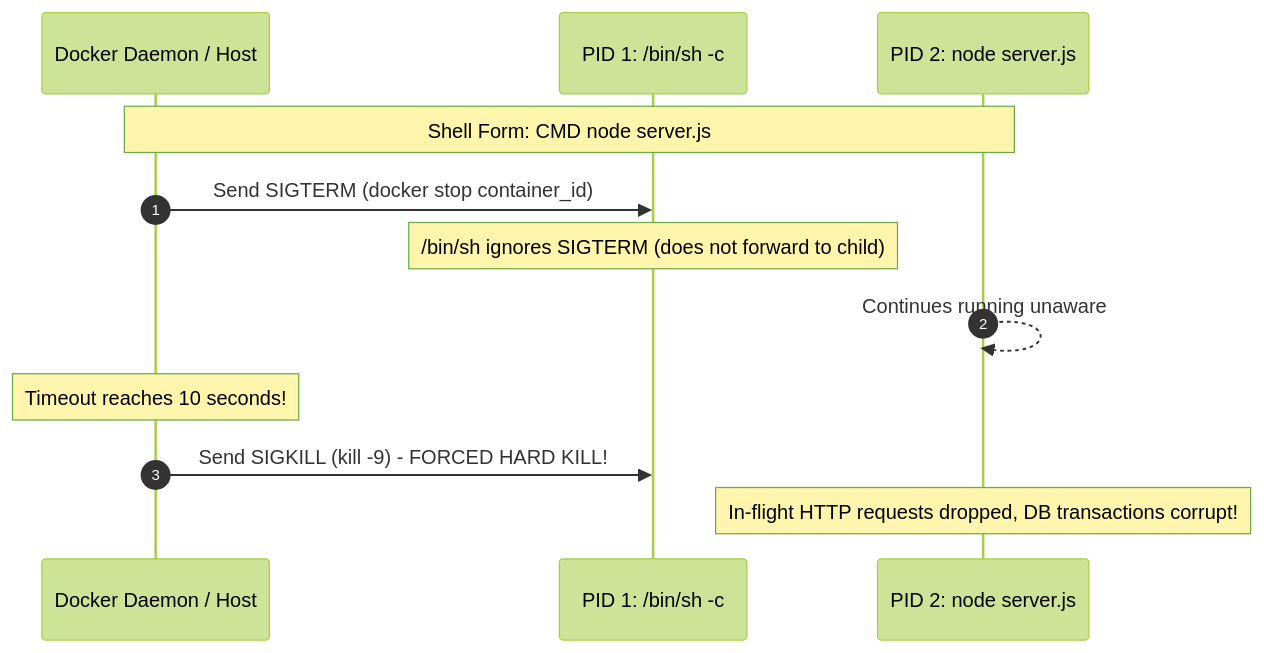
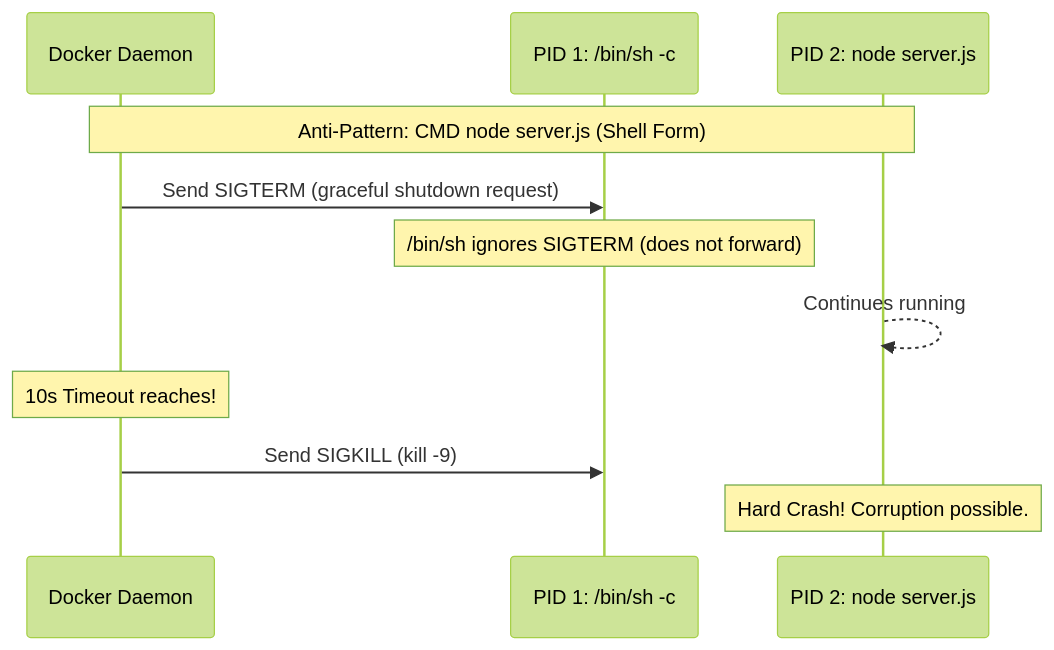
The second of 3 diagrams in 01-Docker/02-Dockerfile-Deep-Dive-and-Best-Practices.md (PandeyKishan/Study-Notes), drawn with Mermaid (forest theme) before and after one commit. The commit also changed other lines of this file and 38 other files, not shown here.

````diff
--- a/01-Docker/02-Dockerfile-Deep-Dive-and-Best-Practices.md
+++ b/01-Docker/02-Dockerfile-Deep-Dive-and-Best-Practices.md
@@ -48,15 +39,14 @@
 ```mermaid
 sequenceDiagram
-    autonumber
-    participant Docker as Docker Daemon / Host
+    participant Docker as Docker Daemon
     participant Shell as PID 1: /bin/sh -c
     participant App as PID 2: node server.js
 
-    Note over Docker,App: Shell Form: CMD node server.js
-    Docker->>Shell: Send SIGTERM (docker stop container_id)
-    Note over Shell: /bin/sh ignores SIGTERM (does not forward to child)
-    App-->>App: Continues running unaware
-    Note over Docker: Timeout reaches 10 seconds!
-    Docker->>Shell: Send SIGKILL (kill -9) - FORCED HARD KILL!
-    Note over App: In-flight HTTP requests dropped, DB transactions corrupt!
+    Note over Docker,App: Anti-Pattern: CMD node server.js (Shell Form)
+    Docker->>Shell: Send SIGTERM (graceful shutdown request)
+    Note over Shell: /bin/sh ignores SIGTERM (does not forward)
+    App-->>App: Continues running
+    Note over Docker: 10s Timeout reaches!
+    Docker->>Shell: Send SIGKILL (kill -9)
+    Note over App: Hard Crash! Corruption possible.
 ```
````
